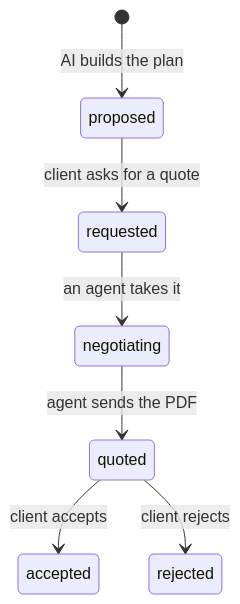
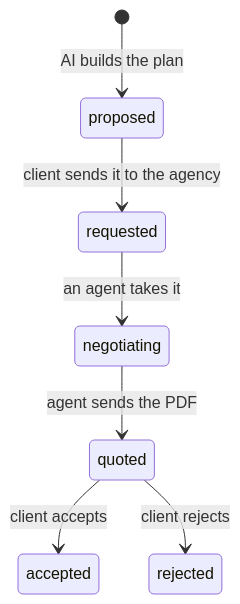
Before and after one commit to damnthonyy/Novoya: the third of 3 diagrams in docs/ARCHITECTURE.md, drawn with Mermaid. The commit also changed other lines of this file and 13 other files, not shown here.

````diff
--- a/docs/ARCHITECTURE.md
+++ b/docs/ARCHITECTURE.md
@@ -185,9 +185,9 @@
 ```mermaid
 stateDiagram-v2
   [*] --> proposed: AI builds the plan
-  proposed --> requested: client asks for a quote
+  proposed --> requested: client sends it to the agency
   requested --> negotiating: an agent takes it
   negotiating --> quoted: agent sends the PDF
   quoted --> accepted: client accepts
   quoted --> rejected: client rejects
 ```
````
